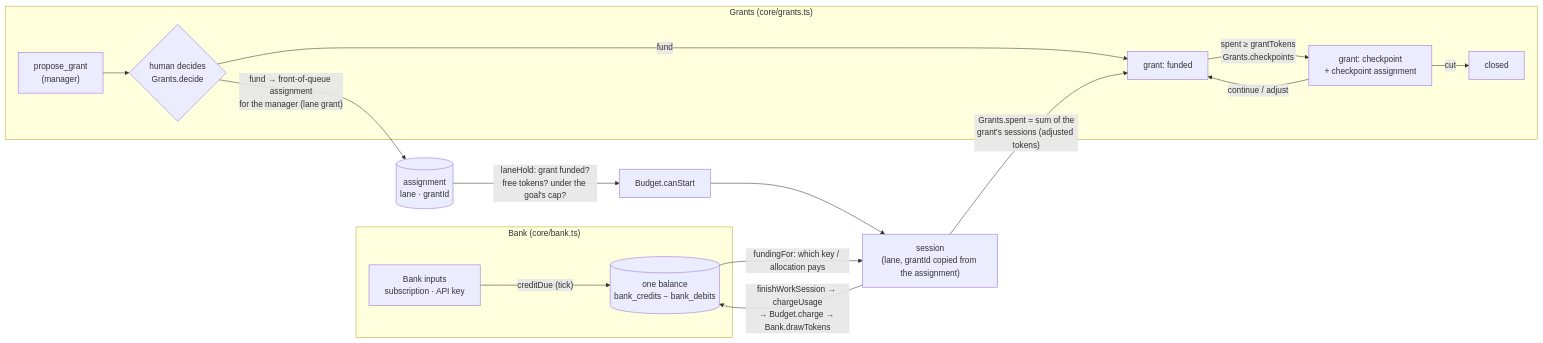
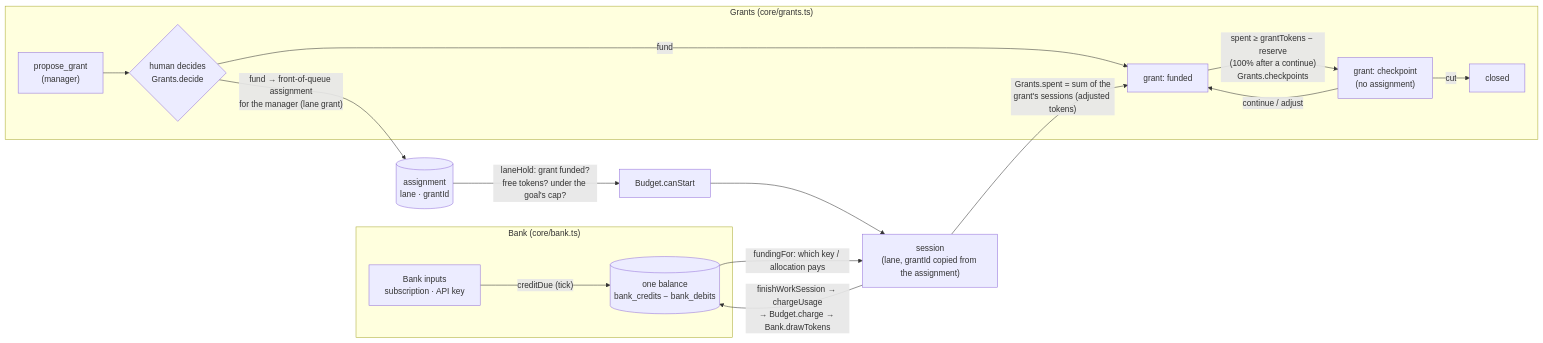
One commit to mitchellgordon95/muster-town changed the second of 2 diagrams in docs/architecture.md. Above: the diagram before and after it, drawn with Mermaid. The commit also changed other lines of this file and 21 other files, not shown here.

````diff
--- a/docs/architecture.md
+++ b/docs/architecture.md
@@ -66,19 +66,19 @@
 ```mermaid
 flowchart LR
   subgraph bank["Bank (core/bank.ts)"]
     inputs["Bank inputs<br/>subscription · API key"] -->|"creditDue (tick)"| pools[("one balance<br/>bank_credits − bank_debits")]
   end
   subgraph grants["Grants (core/grants.ts)"]
     propose["propose_grant<br/>(manager)"] --> decide{"human decides<br/>Grants.decide"}
     decide -->|fund| funded["grant: funded"]
-    funded -->|"spent ≥ grantTokens<br/>Grants.checkpoints"| checkpoint["grant: checkpoint<br/>+ checkpoint assignment"]
+    funded -->|"spent ≥ grantTokens − reserve<br/>(100% after a continue)<br/>Grants.checkpoints"| checkpoint["grant: checkpoint<br/>(no assignment)"]
     checkpoint -->|"continue / adjust"| funded
     checkpoint -->|cut| closed["closed"]
   end
   decide -->|"fund → front-of-queue assignment<br/>for the manager (lane grant)"| asg[("assignment<br/>lane · grantId")]
   asg -->|"laneHold: grant funded?<br/>free tokens? under the goal's cap?"| gate["Budget.canStart"]
   gate --> sess["session<br/>(lane, grantId copied from the assignment)"]
   pools -->|"fundingFor: which key / allocation pays"| sess
   sess -->|"finishWorkSession → chargeUsage<br/>→ Budget.charge → Bank.drawTokens"| pools
   sess -->|"Grants.spent = sum of the<br/>grant's sessions (adjusted tokens)"| funded
 ```
````
